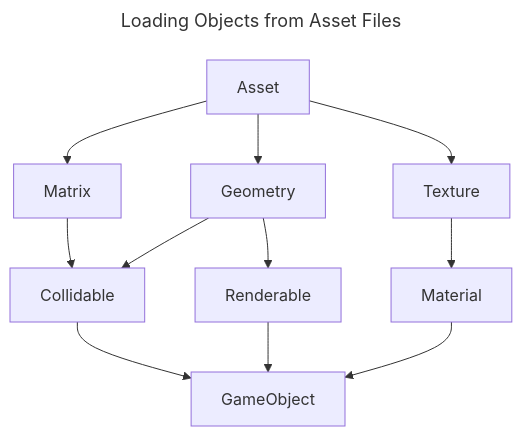
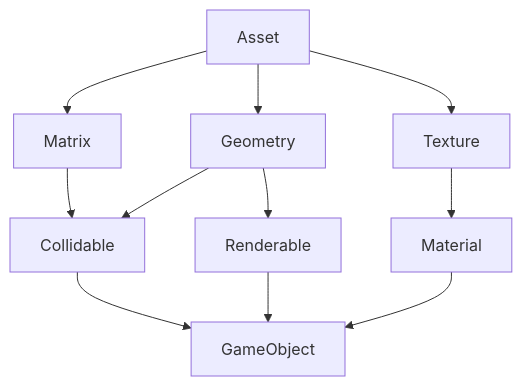
The second of 2 diagrams in README.md (stickyfingies/gengine), drawn with Mermaid before and after one commit. The commit also changed other lines of this file and 2 other files, not shown here.

Commit message:
Add diagrams to README

````diff
--- a/README.md
+++ b/README.md
@@ -89,16 +124,13 @@
 ```mermaid
----
-title: Loading Objects from Asset Files
----
 flowchart TB
 
     Asset --> Matrix & Geometry & Texture
 
     Geometry --> Collidable & Renderable
 
     Texture --> Descriptor[Material]
 
     Matrix --> Collidable
 
     Collidable & Renderable & Descriptor --> GameObject
 ```
````
